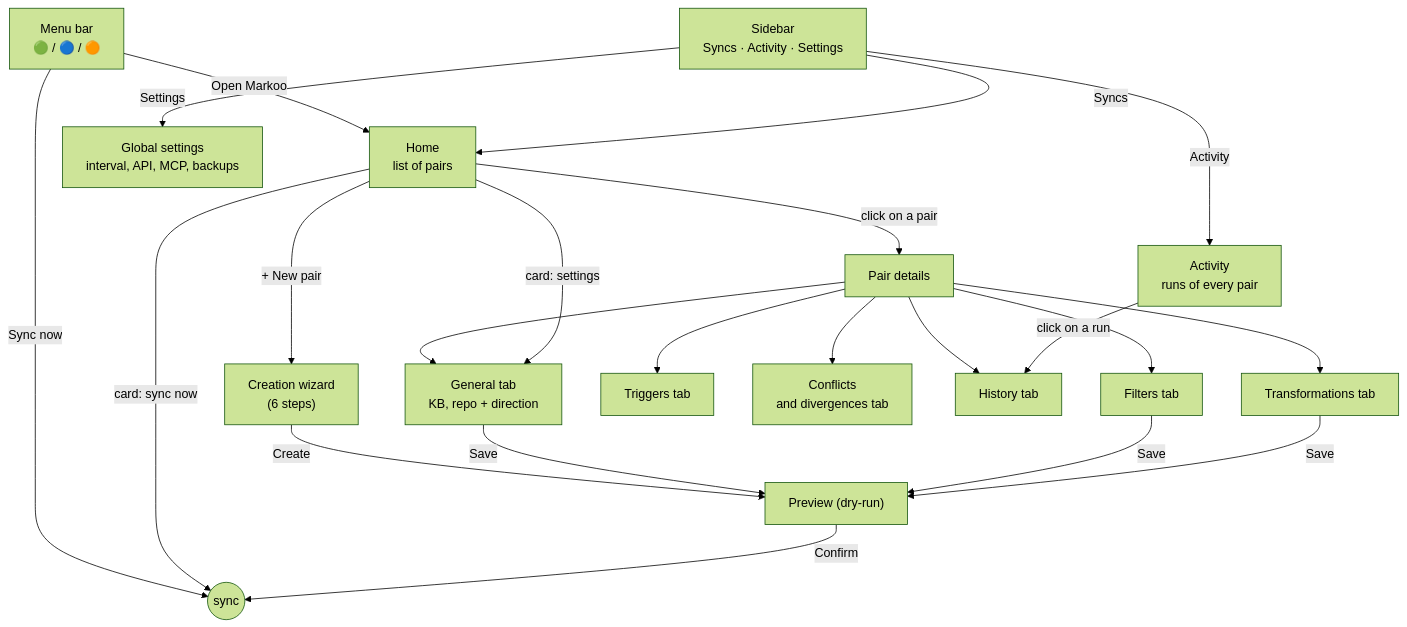
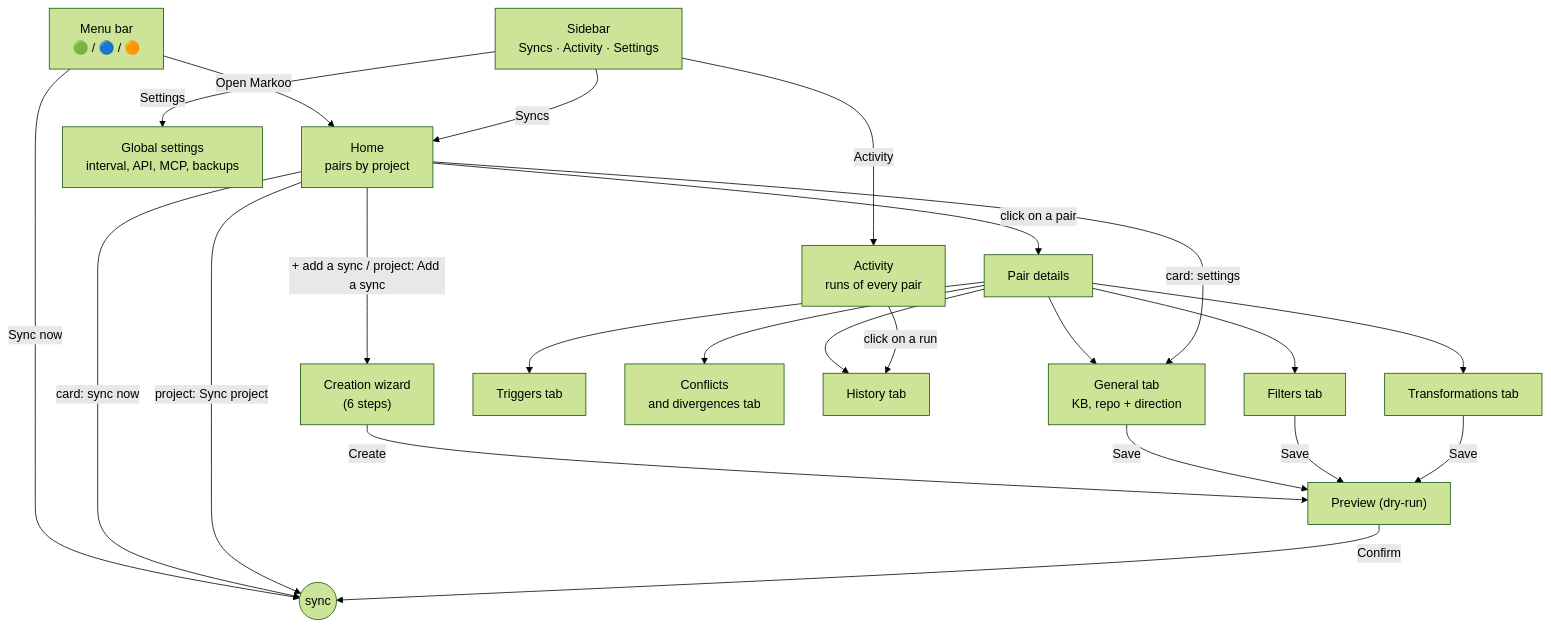
The second of 4 diagrams in documentation/en/08-configuration-ui.md (studoo-app/markoo), drawn with Mermaid (forest theme) before and after one commit. The commit also changed other lines of this file and 35 other files, not shown here.

````diff
--- a/documentation/en/08-configuration-ui.md
+++ b/documentation/en/08-configuration-ui.md
@@ -43,22 +45,23 @@
 ```mermaid
 flowchart TD
     MB["Menu bar<br/>🟢 / 🔵 / 🟠"] -->|Open Markoo| HOME
     MB -->|Sync now| SYNC((sync))
-    HOME["Home<br/>list of pairs"] -->|+ New pair| WIZ["Creation wizard<br/>(6 steps)"]
+    HOME["Home<br/>pairs by project"] -->|+ add a sync / project: Add a sync| WIZ["Creation wizard<br/>(6 steps)"]
     HOME -->|click on a pair| PAIR["Pair details"]
     PAIR --> T1["General tab<br/>KB, repo + direction"]
     PAIR --> T2["Filters tab"]
     PAIR --> T3["Transformations tab"]
     PAIR --> T4["Triggers tab"]
     PAIR --> T5["Conflicts<br/>and divergences tab"]
     PAIR --> T6["History tab"]
     SIDE["Sidebar<br/>Syncs · Activity · Settings"] -->|Syncs| HOME
     SIDE -->|Activity| ACT["Activity<br/>runs of every pair"]
     ACT -->|click on a run| T6
     SIDE -->|Settings| GLOB["Global settings<br/>interval, API, MCP, backups"]
     HOME -->|card: settings| T1
     HOME -->|card: sync now| SYNC
+    HOME -->|project: Sync project| SYNC
     WIZ -->|Create| PREV["Preview (dry-run)"]
     T1 & T2 & T3 -->|Save| PREV
     PREV -->|Confirm| SYNC
 ```
````
